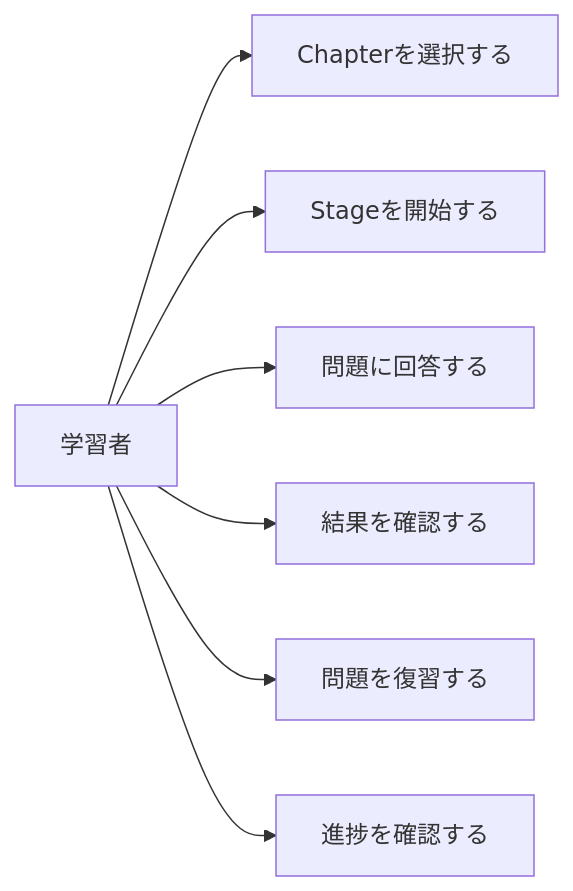
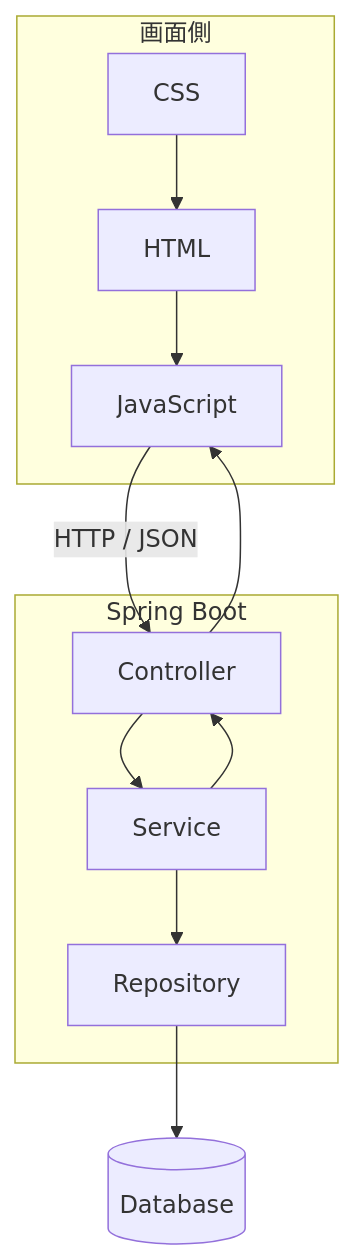
Before and after one commit to suu-dev-0203/graduation_JAVAgame: diagram 14 of 27 in README.md, drawn with Mermaid. The commit also changed other lines of this file, not shown here.

````diff
--- a/README.md
+++ b/README.md
@@ -504,10 +454,25 @@
 ```mermaid
-flowchart LR
-    U[学習者]
-    U --> A[Chapterを選択する]
-    U --> B[Stageを開始する]
-    U --> C[問題に回答する]
-    U --> D[結果を確認する]
-    U --> E[問題を復習する]
-    U --> F[進捗を確認する]
+flowchart TB
+    subgraph FRONT[画面側]
+        HTML[HTML]
+        CSS[CSS]
+        JS[JavaScript]
+    end
+
+    subgraph BACK[Spring Boot]
+        CTRL[Controller]
+        SERVICE[Service]
+        REPO[Repository]
+    end
+
+    DB[(Database)]
+
+    HTML --> JS
+    CSS --> HTML
+    JS -->|HTTP / JSON| CTRL
+    CTRL --> SERVICE
+    SERVICE --> REPO
+    REPO --> DB
+    SERVICE --> CTRL
+    CTRL --> JS
 ```
````
